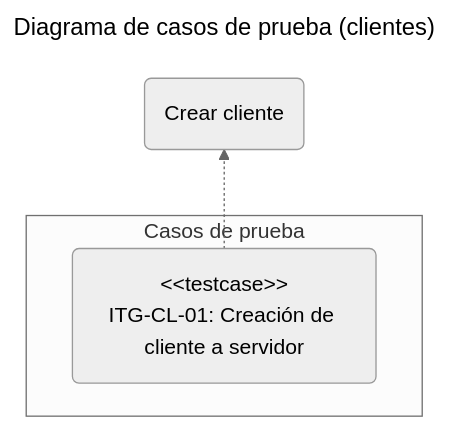
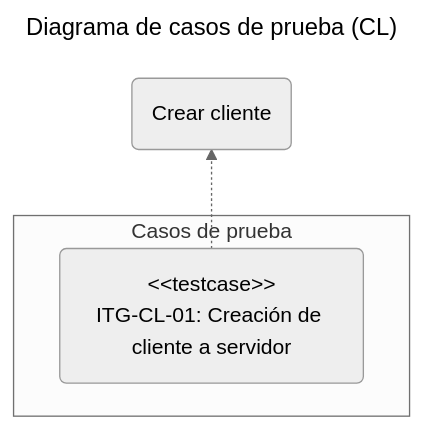
The first of 4 diagrams in docs/spec/tests/integration.es.md (chromiodev/chromie-tool), drawn with Mermaid (neutral theme) before and after one commit. The commit also changed other lines of this file and 25 other files, not shown here.

````diff
--- a/docs/spec/tests/integration.es.md
+++ b/docs/spec/tests/integration.es.md
@@ -48,16 +48,16 @@
 ```mermaid
 ---
-title: Diagrama de casos de prueba (clientes)
+title: Diagrama de casos de prueba (CL)
 config:
 ---
 
 graph BT
   %% use cases
   createClient@{ shape: "rounded", label: "Crear cliente" }
 
   subgraph "Casos de prueba"
     createServerClient@{ shape: "rounded", label: "#lt;#lt;testcase>><br>ITG-CL-01: Creación de cliente a servidor" }
   end
 
   createServerClient -.-> createClient
 ```
````
